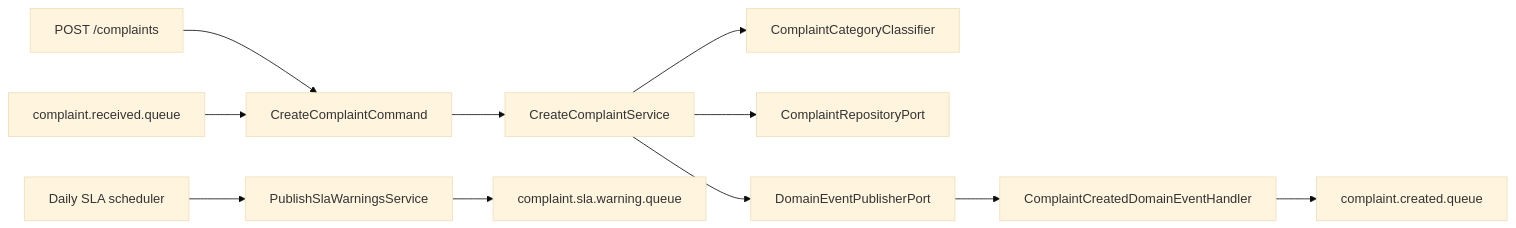
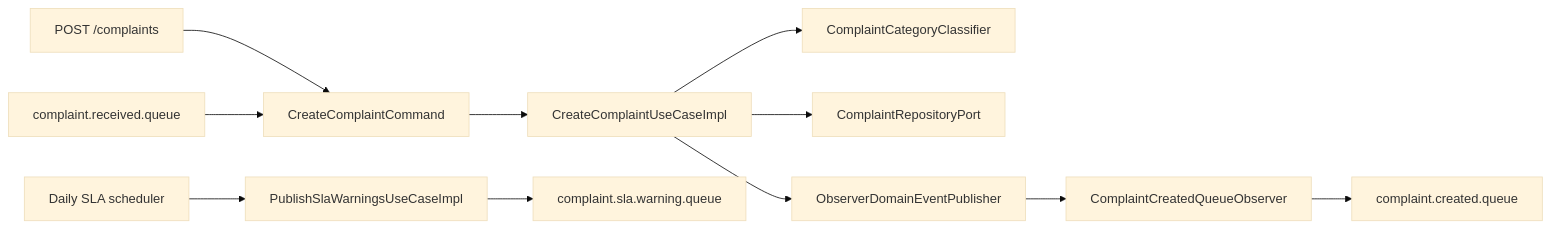
Before and after one commit to vitescames/complaint-management-service: the diagram in README.md, drawn with Mermaid (base theme). The commit also changed other lines of this file and 86 other files, not shown here.

Commit message:
refactor: improve architecture consistency and error handling

````diff
--- a/README.md
+++ b/README.md
@@ -48,13 +49,13 @@
 ```mermaid
 flowchart LR
     A["POST /complaints"] --> C["CreateComplaintCommand"]
     B["complaint.received.queue"] --> C["CreateComplaintCommand"]
-    C --> D["CreateComplaintService"]
+    C --> D["CreateComplaintUseCaseImpl"]
     D --> E["ComplaintCategoryClassifier"]
     D --> F["ComplaintRepositoryPort"]
-    D --> G["DomainEventPublisherPort"]
-    G --> H["ComplaintCreatedDomainEventHandler"]
+    D --> G["ObserverDomainEventPublisher"]
+    G --> H["ComplaintCreatedQueueObserver"]
     H --> I["complaint.created.queue"]
-    J["Daily SLA scheduler"] --> K["PublishSlaWarningsService"]
+    J["Daily SLA scheduler"] --> K["PublishSlaWarningsUseCaseImpl"]
     K --> L["complaint.sla.warning.queue"]
 ```
````
